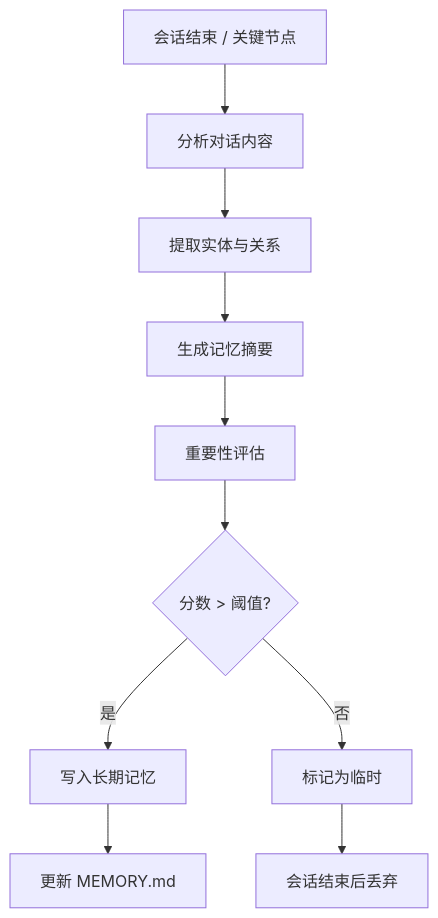
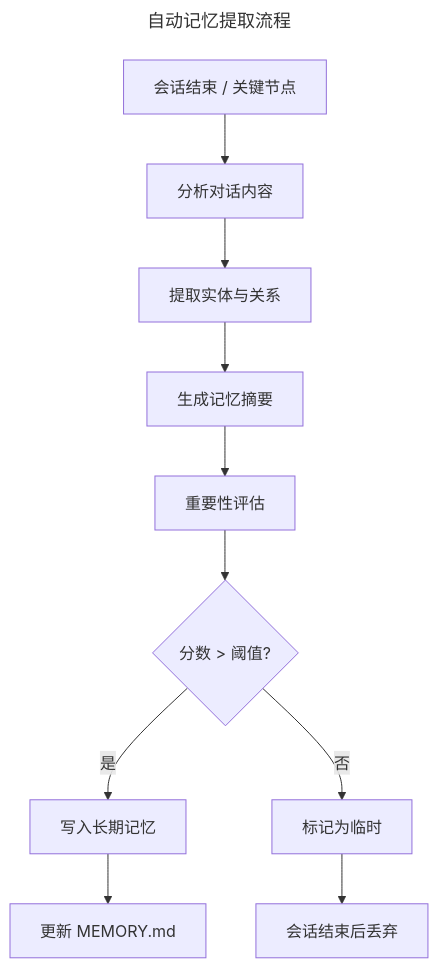
Before and after one commit to Taotie2002/claude-code-deep-dive: the tenth of 15 diagrams in docs/06-data-flow.md, drawn with Mermaid. The commit also changed other lines of this file and 12 other files, not shown here.

````diff
--- a/docs/06-data-flow.md
+++ b/docs/06-data-flow.md
@@ -213,12 +240,15 @@
 ```mermaid
+---
+title: 自动记忆提取流程
+---
 flowchart TD
     A[会话结束 / 关键节点] --> B[分析对话内容]
     B --> C[提取实体与关系]
     C --> D[生成记忆摘要]
     D --> E[重要性评估]
     E --> F{分数 > 阈值?}
     F -->|是| G[写入长期记忆]
     F -->|否| H[标记为临时]
     G --> I[更新 MEMORY.md]
     H --> J[会话结束后丢弃]
 ```
````
